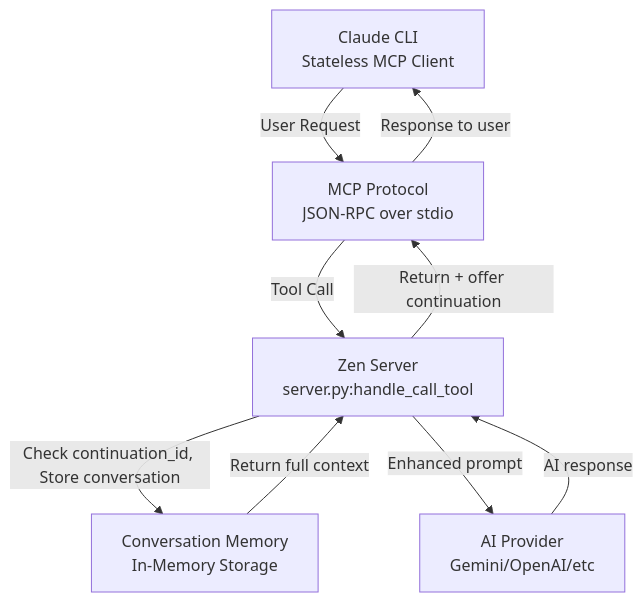
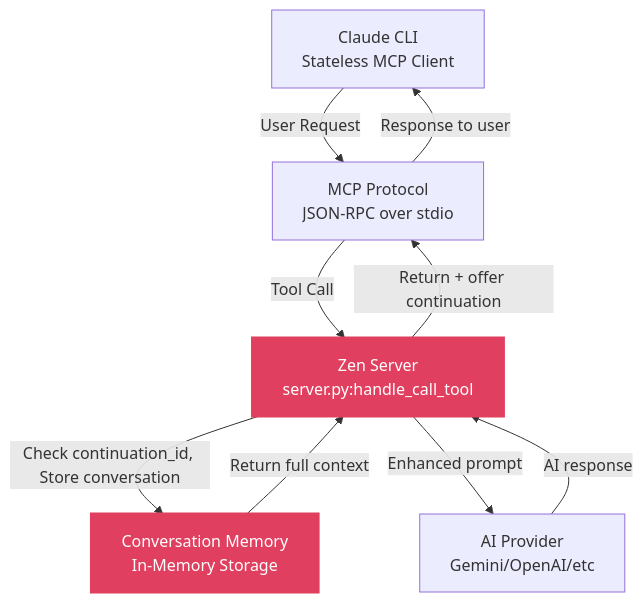
One commit to dwarvesf/research changed the first of 2 diagrams in breakdown/zen-mcp-deep-dive.md. Above: the diagram before and after it, drawn with Mermaid. The commit also changed other lines of this file, not shown here.

````diff
--- a/breakdown/zen-mcp-deep-dive.md
+++ b/breakdown/zen-mcp-deep-dive.md
@@ -149,17 +149,21 @@
 ```mermaid
 graph TD
     CLI[Claude CLI<br/>Stateless MCP Client]
     MCP[MCP Protocol<br/>JSON-RPC over stdio]
     ZS[Zen Server<br/>server.py:handle_call_tool]
     CM[Conversation Memory<br/>In-Memory Storage]
     AI[AI Provider<br/>Gemini/OpenAI/etc]
 
     CLI -->|User Request| MCP
     MCP -->|Tool Call| ZS
     ZS -->|Check continuation_id, Store conversation| CM
     CM -->|Return full context| ZS
     ZS -->|Enhanced prompt| AI
     AI -->|AI response| ZS
     ZS -->|Return + offer continuation| MCP
     MCP -->|Response to user| CLI
+
+    classDef highlight fill:#E13F5F,stroke:#E13F5F,stroke-width:3px,color:#fff
+    class CM highlight
+    class ZS highlight
 ```
````
